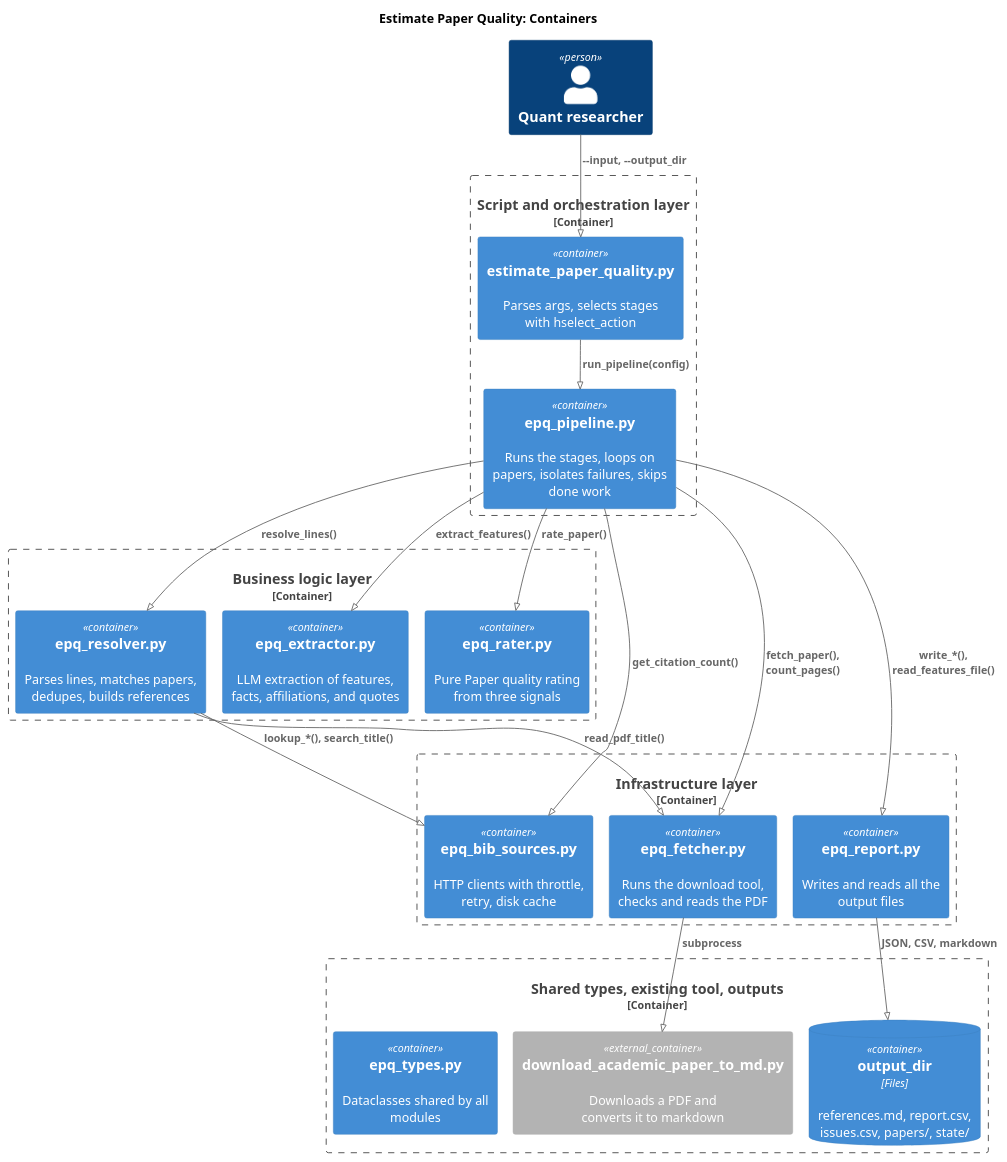
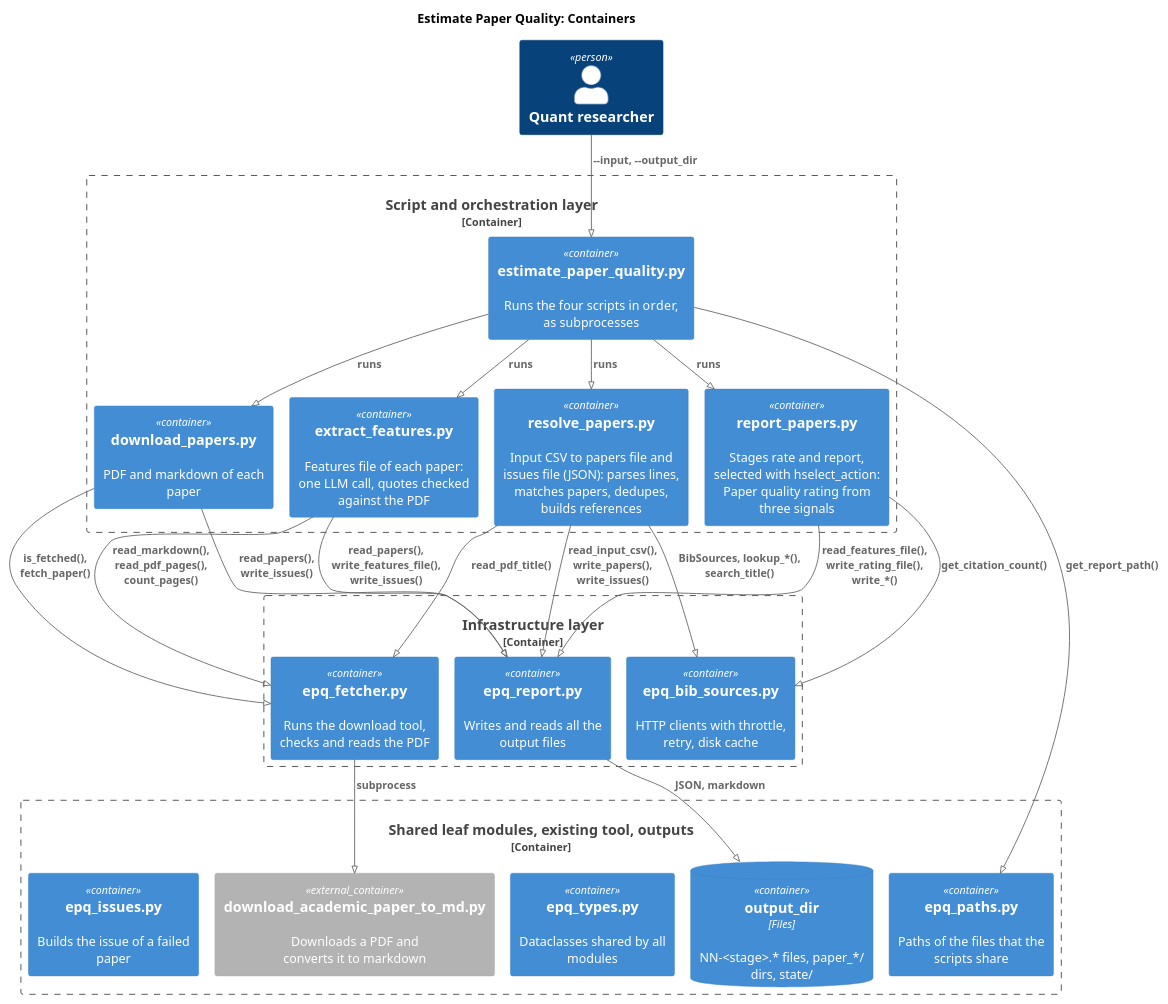
The second of 2 diagrams in research/Estimate_academic_paper_quality/docs/02-design.architecture.md (gpsaggese/gpsaggese.github.io), drawn with PlantUML before and after one commit. The commit also changed other lines of this file and 98 other files, not shown here.

````diff
--- a/research/Estimate_academic_paper_quality/docs/02-design.architecture.md
+++ b/research/Estimate_academic_paper_quality/docs/02-design.architecture.md
@@ -74,43 +84,47 @@
 ```plantuml
 !pragma layout smetana
 !include <C4/C4_Container>
 LAYOUT_TOP_DOWN()
 title Estimate Paper Quality: Containers
 Person(user, "Quant researcher")
 
 Container_Boundary(script, "Script and orchestration layer") {
-  Container(cli, "estimate_paper_quality.py", "", "Parses args, selects stages with hselect_action")
-  Container(pipeline, "epq_pipeline.py", "", "Runs the stages, loops on papers, isolates failures, skips done work")
-}
-
-Container_Boundary(logic, "Business logic layer") {
-  Container(resolver, "epq_resolver.py", "", "Parses lines, matches papers, dedupes, builds references")
-  Container(extractor, "epq_extractor.py", "", "LLM extraction of features, facts, affiliations, and quotes")
-  Container(rater, "epq_rater.py", "", "Pure Paper quality rating from three signals")
+  Container(sh, "estimate_paper_quality.py", "", "Runs the four scripts in order, as subprocesses")
+  Container(rcli, "resolve_papers.py", "", "Input CSV to papers file and issues file (JSON): parses lines, matches papers, dedupes, builds references")
+  Container(dcli, "download_papers.py", "", "PDF and markdown of each paper")
+  Container(ecli, "extract_features.py", "", "Features file of each paper: one LLM call, quotes checked against the PDF")
+  Container(pcli, "report_papers.py", "", "Stages rate and report, selected with hselect_action: Paper quality rating from three signals")
 }
 
 Container_Boundary(infra, "Infrastructure layer") {
   Container(bib, "epq_bib_sources.py", "", "HTTP clients with throttle, retry, disk cache")
   Container(fetcher, "epq_fetcher.py", "", "Runs the download tool, checks and reads the PDF")
   Container(report, "epq_report.py", "", "Writes and reads all the output files")
 }
 
-Container_Boundary(ext, "Shared types, existing tool, outputs") {
+Container_Boundary(ext, "Shared leaf modules, existing tool, outputs") {
   Container_Ext(tool, "download_academic_paper_to_md.py", "", "Downloads a PDF and converts it to markdown")
-  ContainerDb(out, "output_dir", "Files", "references.md, report.csv, issues.csv, papers/, state/")
+  ContainerDb(out, "output_dir", "Files", "NN-<stage>.* files, paper_*/ dirs, state/")
   Container(types, "epq_types.py", "", "Dataclasses shared by all modules")
+  Container(paths, "epq_paths.py", "", "Paths of the files that the scripts share")
+  Container(issues, "epq_issues.py", "", "Builds the issue of a failed paper")
 }
 
-Rel(user, cli, "~-~-input, ~-~-output_dir")
-Rel(cli, pipeline, "run_pipeline(config)")
-Rel(pipeline, resolver, "resolve_lines()")
-Rel(pipeline, fetcher, "fetch_paper(), count_pages()")
-Rel(pipeline, extractor, "extract_features()")
-Rel(pipeline, rater, "rate_paper()")
-Rel(pipeline, report, "write_*(), read_features_file()")
-Rel(pipeline, bib, "get_citation_count()")
-Rel(resolver, bib, "lookup_*(), search_title()")
-Rel(resolver, fetcher, "read_pdf_title()")
+Rel(user, sh, "~--input, ~--output_dir")
+Rel(sh, rcli, "runs")
+Rel(sh, dcli, "runs")
+Rel(sh, ecli, "runs")
+Rel(sh, pcli, "runs")
+Rel(sh, paths, "get_report_path()")
+Rel(rcli, bib, "BibSources, lookup_*(), search_title()")
+Rel(rcli, fetcher, "read_pdf_title()")
+Rel(rcli, report, "read_input_csv(), write_papers(), write_issues()")
+Rel(dcli, fetcher, "is_fetched(), fetch_paper()")
+Rel(dcli, report, "read_papers(), write_issues()")
+Rel(ecli, fetcher, "read_markdown(), read_pdf_pages(), count_pages()")
+Rel(ecli, report, "read_papers(), write_features_file(), write_issues()")
+Rel(pcli, bib, "get_citation_count()")
+Rel(pcli, report, "read_features_file(), write_rating_file(), write_*()")
 Rel(fetcher, tool, "subprocess")
-Rel(report, out, "JSON, CSV, markdown")
+Rel(report, out, "JSON, markdown")
 ```
````
